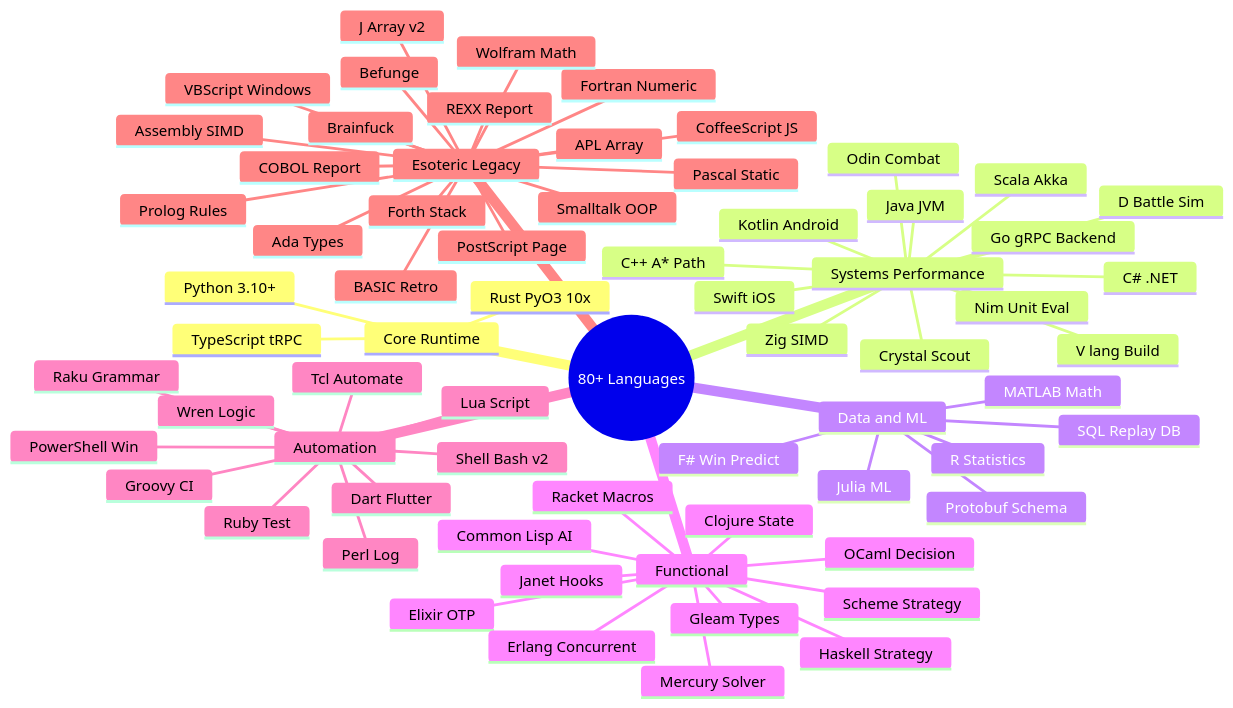
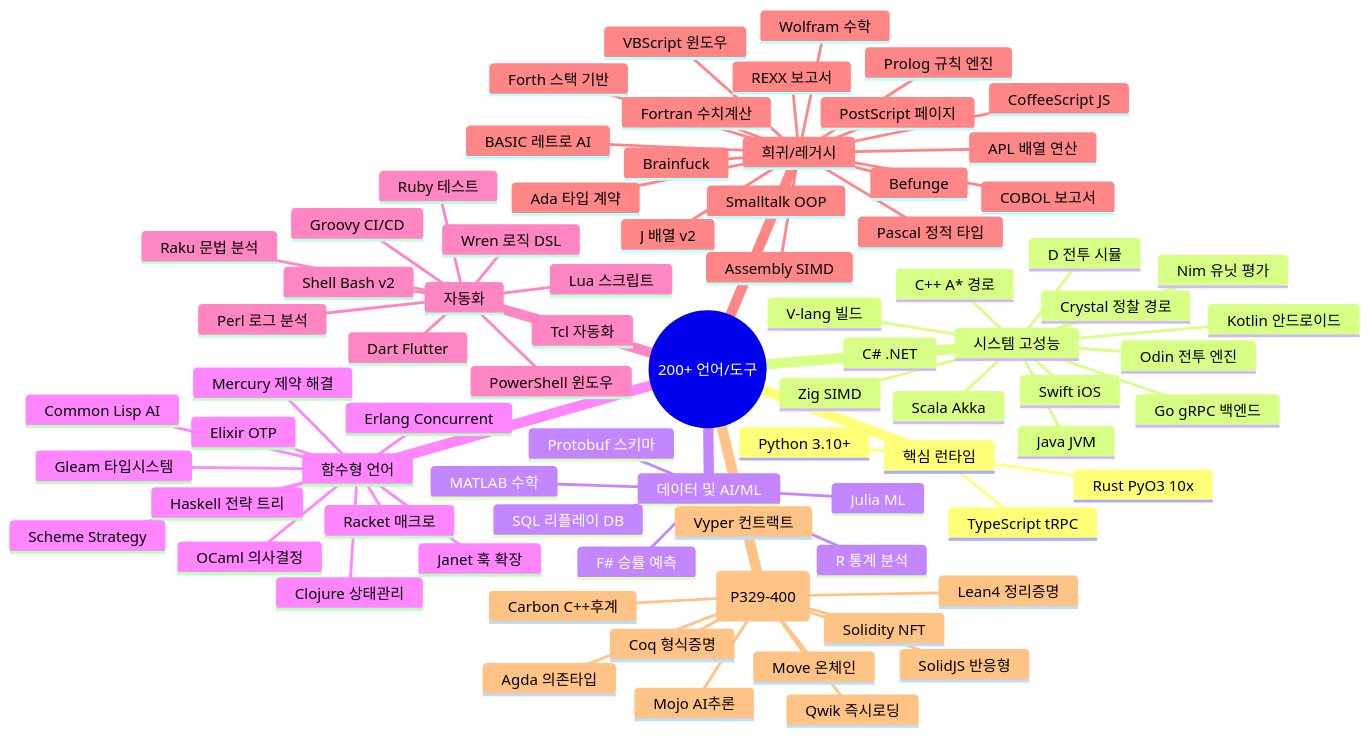
One commit to sun475300-sudo/Swarm-control-in-sc2bot changed diagram 13 of 34 in README.md. Above: the diagram before and after it, drawn with Mermaid. The commit also changed other lines of this file and 2 other files, not shown here.

Commit message:
docs: README 대규모 한글화 시각화 + 버그로그 + 테스트 수정 (342 PASS)

````diff
--- a/README.md
+++ b/README.md
@@ -525,71 +841,82 @@
 ```mermaid
 mindmap
-    root((80+ Languages))
-        Core Runtime
+    root((200+ 언어/도구))
+        핵심 런타임
             Python 3.10+
             Rust PyO3 10x
             TypeScript tRPC
-        Systems Performance
-            C++ A* Path
-            Go gRPC Backend
+        시스템 고성능
+            C++ A* 경로
+            Go gRPC 백엔드
             Java JVM
-            Kotlin Android
+            Kotlin 안드로이드
             Swift iOS
             C# .NET
             Scala Akka
             Zig SIMD
-            Nim Unit Eval
-            D Battle Sim
-            Crystal Scout
-            V lang Build
-            Odin Combat
-        Data and ML
-            R Statistics
+            Nim 유닛 평가
+            D 전투 시뮬
+            Crystal 정찰 경로
+            V-lang 빌드
+            Odin 전투 엔진
+        데이터 및 AI/ML
+            R 통계 분석
             Julia ML
-            MATLAB Math
-            F# Win Predict
-            SQL Replay DB
-            Protobuf Schema
-        Functional
-            Haskell Strategy
+            MATLAB 수학
+            F# 승률 예측
+            SQL 리플레이 DB
+            Protobuf 스키마
+        함수형 언어
+            Haskell 전략 트리
             Elixir OTP
-            OCaml Decision
+            OCaml 의사결정
             Erlang Concurrent
             Scheme Strategy
             Common Lisp AI
-            Clojure State
-            Janet Hooks
-            Racket Macros
-            Mercury Solver
-            Gleam Types
-        Automation
+            Clojure 상태관리
+            Janet 훅 확장
+            Racket 매크로
+            Mercury 제약 해결
+            Gleam 타입시스템
+        자동화
             Shell Bash v2
-            PowerShell Win
-            Perl Log
-            Ruby Test
-            Lua Script
-            Raku Grammar
+            PowerShell 윈도우
+            Perl 로그 분석
+            Ruby 테스트
+            Lua 스크립트
+            Raku 문법 분석
             Dart Flutter
-            Groovy CI
-            Tcl Automate
-            Wren Logic
-        Esoteric Legacy
-            APL Array
-            J Array v2
-            Forth Stack
-            PostScript Page
+            Groovy CI/CD
+            Tcl 자동화
+            Wren 로직 DSL
+        희귀/레거시
+            APL 배열 연산
+            J 배열 v2
+            Forth 스택 기반
+            PostScript 페이지
             Brainfuck
             Befunge
             Smalltalk OOP
             CoffeeScript JS
-            VBScript Windows
-            COBOL Report
-            BASIC Retro
-            REXX Report
-            Ada Types
-            Fortran Numeric
-            Pascal Static
+            VBScript 윈도우
+            COBOL 보고서
+            BASIC 레트로 AI
+            REXX 보고서
+            Ada 타입 계약
+            Fortran 수치계산
+            Pascal 정적 타입
             Assembly SIMD
-            Prolog Rules
-            Wolfram Math
+            Prolog 규칙 엔진
+            Wolfram 수학
+        신규 (P329-400)
+            SolidJS 반응형
+            Qwik 즉시로딩
+            Coq 형식증명
+            Lean4 정리증명
+            Agda 의존타입
+            Carbon C++후계
+            Mojo AI추론
+            Solidity NFT
+            Vyper 컨트랙트
+            Move 온체인
 ```
````
